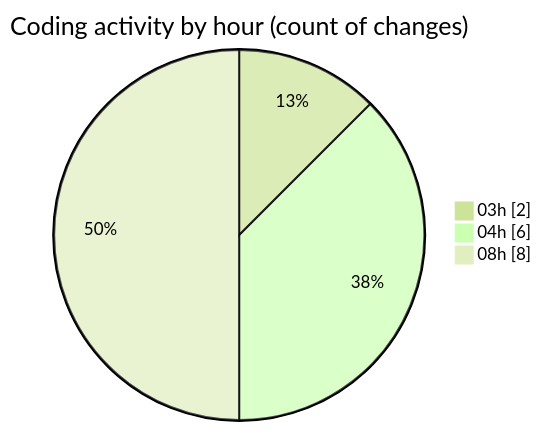
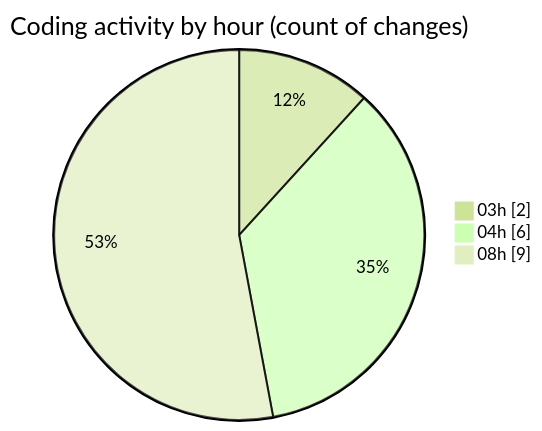
Before and after one commit to tmsrecording-cyber/code-tracking: the second of 2 diagrams in 2026-02-07/singularitybrainai/README.md, drawn with Mermaid (forest theme). The commit also changed other lines of this file and 1 other file, not shown here.

````diff
--- a/2026-02-07/singularitybrainai/README.md
+++ b/2026-02-07/singularitybrainai/README.md
@@ -31,7 +33,7 @@
 ```mermaid
 pie showData
 title Coding activity by hour (count of changes)
 "03h" : 2
 "04h" : 6
-"08h" : 8
+"08h" : 9
 ```
````
